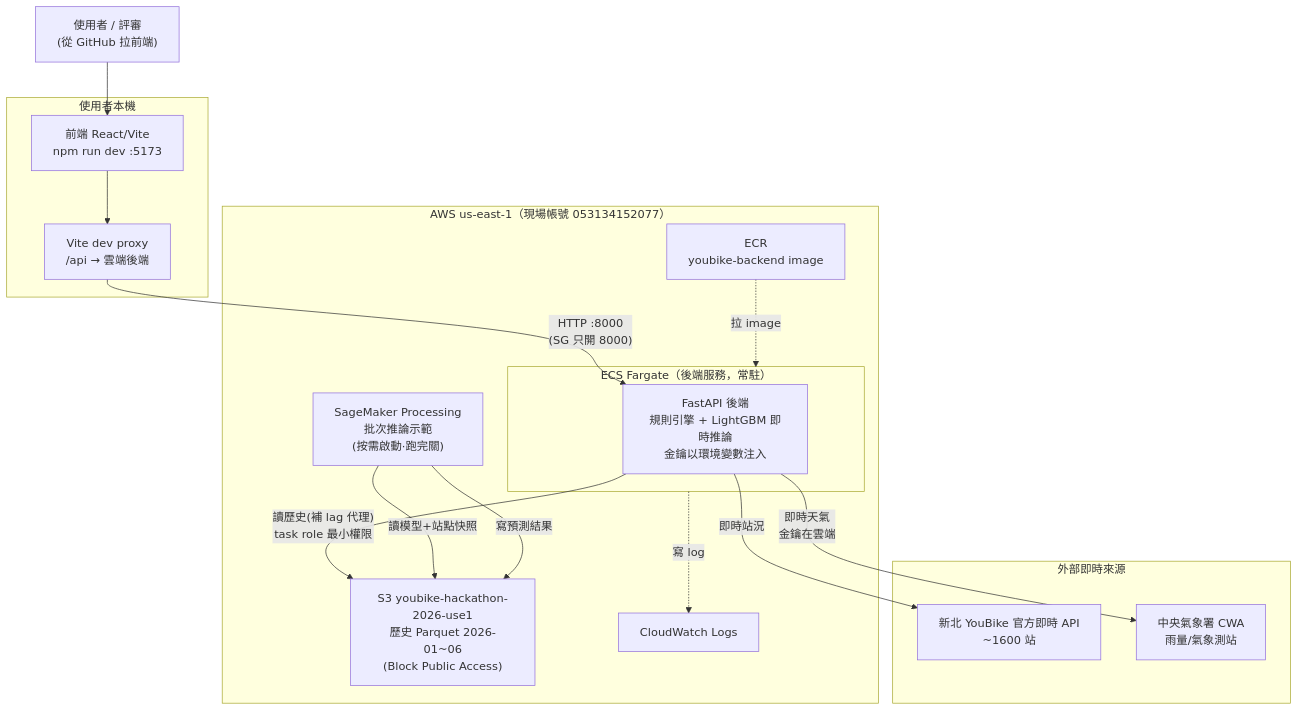
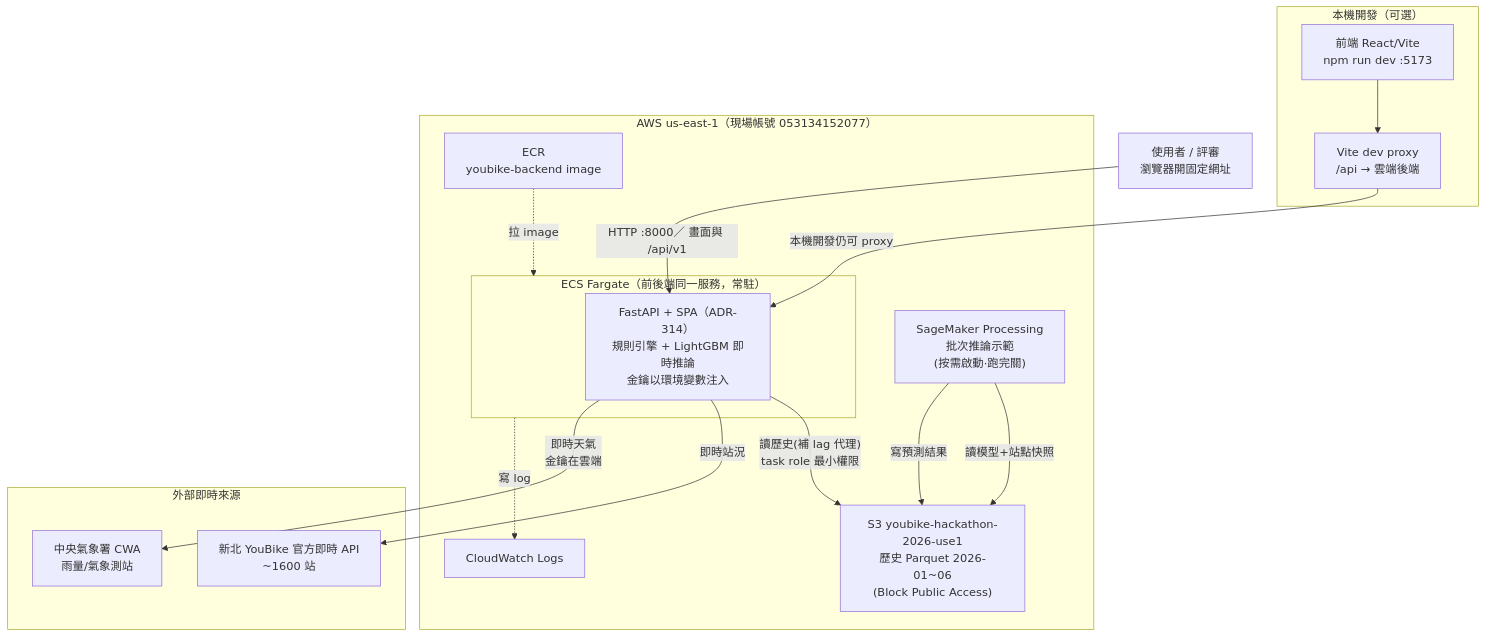
The diagram in docs/architecture-cloud.md (japanese51707/youbike_hackthon_2026), drawn with Mermaid before and after one commit. The commit also changed other lines of this file and 10 other files, not shown here.

First line of the commit message:
feat(deploy): serve the SPA from the same ECS backend

````diff
--- a/docs/architecture-cloud.md
+++ b/docs/architecture-cloud.md
@@ -8,35 +8,35 @@
 ```mermaid
 flowchart TB
-    User["使用者 / 評審<br/>(從 GitHub 拉前端)"]
+    User["使用者 / 評審<br/>瀏覽器開固定網址"]
 
-    subgraph Local["使用者本機"]
+    subgraph Local["本機開發（可選）"]
         FE["前端 React/Vite<br/>npm run dev :5173"]
         Proxy["Vite dev proxy<br/>/api → 雲端後端"]
         FE --> Proxy
     end
 
     subgraph AWS["AWS us-east-1（現場帳號 053134152077）"]
-        subgraph ECS["ECS Fargate（後端服務，常駐）"]
-            BE["FastAPI 後端<br/>規則引擎 + LightGBM 即時推論<br/>金鑰以環境變數注入"]
+        subgraph ECS["ECS Fargate（前後端同一服務，常駐）"]
+            BE["FastAPI + SPA（ADR-314）<br/>規則引擎 + LightGBM 即時推論<br/>金鑰以環境變數注入"]
         end
         S3["S3 youbike-hackathon-2026-use1<br/>歷史 Parquet 2026-01~06<br/>(Block Public Access)"]
         SM["SageMaker Processing<br/>批次推論示範<br/>(按需啟動·跑完關)"]
         ECR["ECR<br/>youbike-backend image"]
         CW["CloudWatch Logs"]
     end
 
     subgraph Ext["外部即時來源"]
         YB["新北 YouBike 官方即時 API<br/>~1600 站"]
         CWA["中央氣象署 CWA<br/>雨量/氣象測站"]
     end
 
-    User --> FE
-    Proxy -->|"HTTP :8000<br/>(SG 只開 8000)"| BE
+    User -->|"HTTP :8000／ 畫面與 /api/v1"| BE
+    Proxy -->|"本機開發仍可 proxy"| BE
     BE -->|"讀歷史(補 lag 代理)<br/>task role 最小權限"| S3
     BE -->|即時站況| YB
     BE -->|即時天氣<br/>金鑰在雲端| CWA
     ECR -.->|拉 image| ECS
     ECS -.->|寫 log| CW
     SM -->|讀模型+站點快照| S3
     SM -->|寫預測結果| S3
 ```
````
